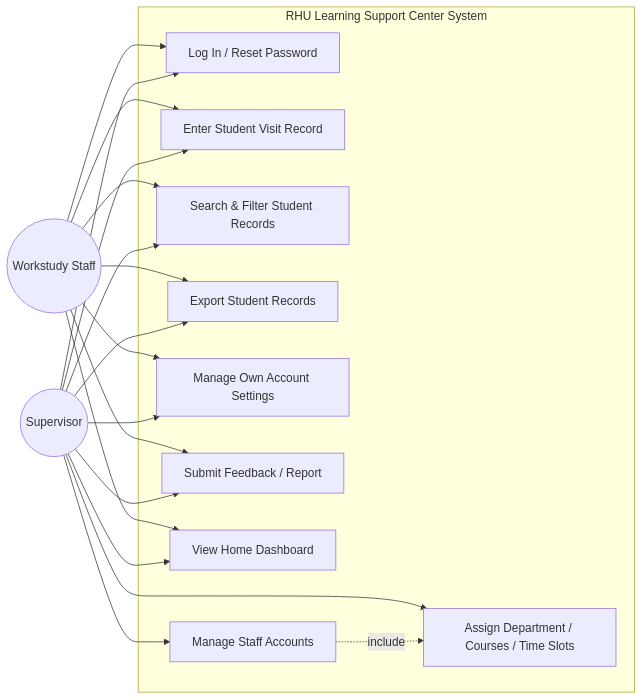
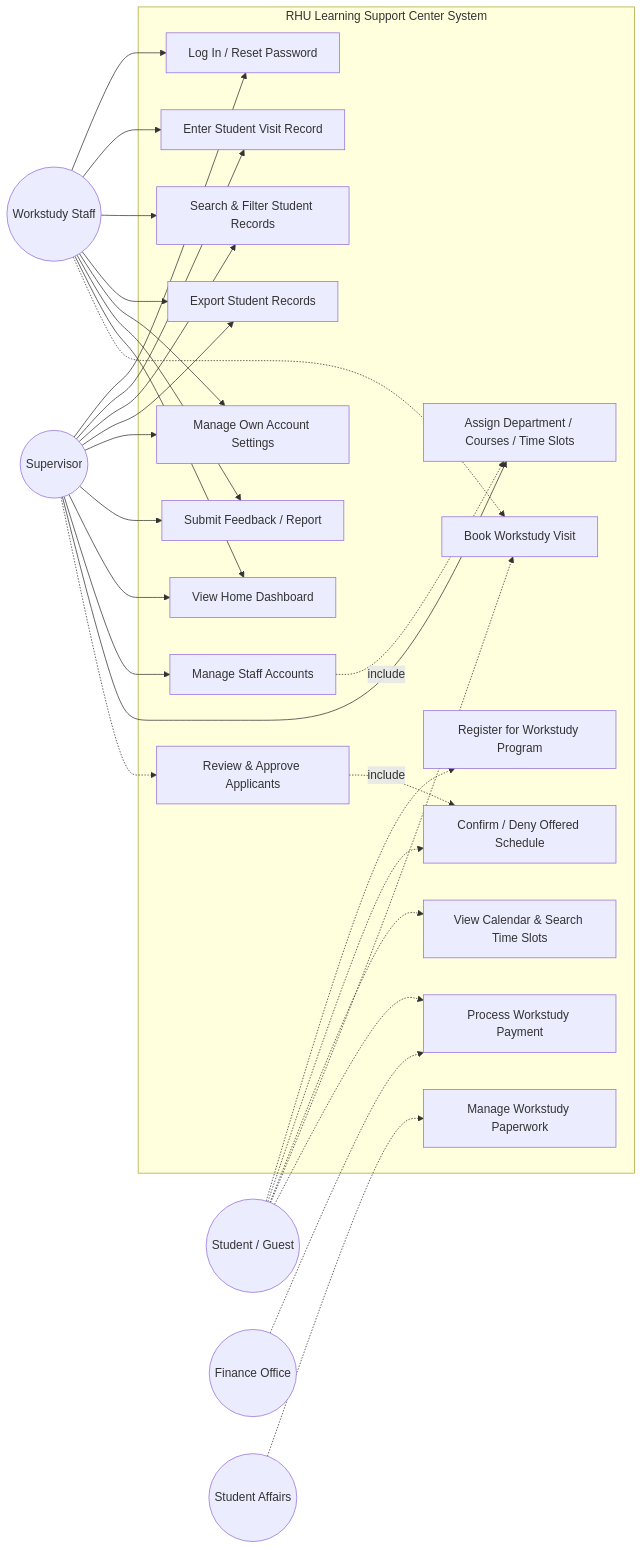
Before and after one commit to BahaaRawass/Learning-Support-Center-Website: the diagram in README.md, drawn with Mermaid. The commit also changed other lines of this file, not shown here.

````diff
--- a/README.md
+++ b/README.md
@@ -91,37 +143,59 @@
 ```mermaid
 graph LR
     Supervisor((Supervisor))
     Workstudy((Workstudy Staff))
+    Student((Student / Guest))
+    Finance((Finance Office))
+    Affairs((Student Affairs))
 
     subgraph "RHU Learning Support Center System"
         UC1[Log In / Reset Password]
         UC2[Enter Student Visit Record]
         UC3[Search & Filter Student Records]
         UC4[Export Student Records]
         UC5[Manage Own Account Settings]
         UC6[Submit Feedback / Report]
         UC7[View Home Dashboard]
         UC8[Manage Staff Accounts]
         UC9[Assign Department / Courses / Time Slots]
+        UC10[Register for Workstudy Program]
+        UC11[Review & Approve Applicants]
+        UC12[Confirm / Deny Offered Schedule]
+        UC13[View Calendar & Search Time Slots]
+        UC14[Book Workstudy Visit]
+        UC15[Process Workstudy Payment]
+        UC16[Manage Workstudy Paperwork]
     end
 
     Workstudy --> UC1
     Workstudy --> UC2
     Workstudy --> UC3
     Workstudy --> UC4
     Workstudy --> UC5
     Workstudy --> UC6
     Workstudy --> UC7
+    Workstudy -.-> UC14
 
     Supervisor --> UC1
     Supervisor --> UC2
     Supervisor --> UC3
     Supervisor --> UC4
     Supervisor --> UC5
     Supervisor --> UC6
     Supervisor --> UC7
     Supervisor --> UC8
     Supervisor --> UC9
+    Supervisor -.-> UC11
 
     UC8 -.include.-> UC9
+
+    Student -.-> UC10
+    Student -.-> UC12
+    Student -.-> UC13
+    Student -.-> UC14
+    Student -.-> UC15
+
+    Finance -.-> UC15
+    Affairs -.-> UC16
+    UC11 -.include.-> UC12
 ```
````
